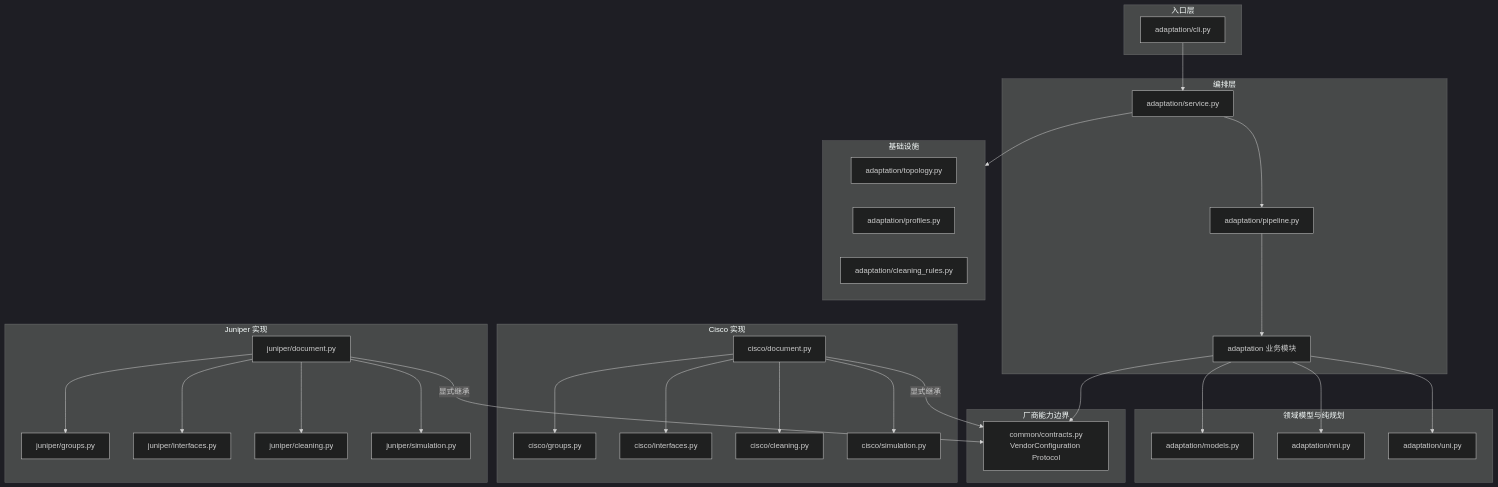
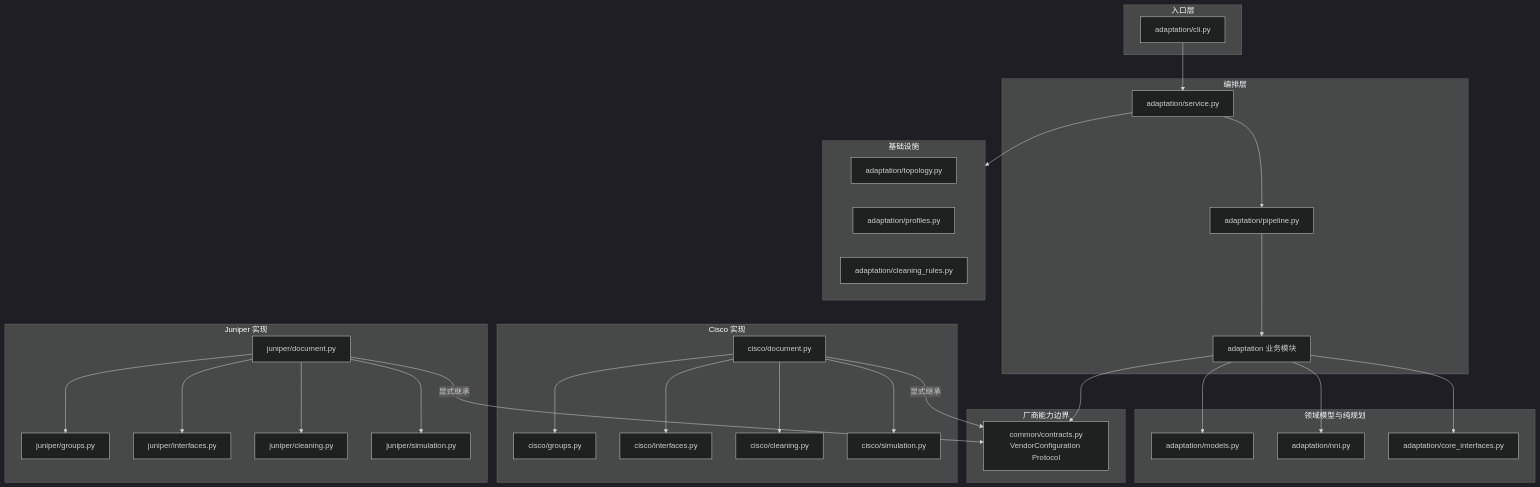
One commit to xiaobaozi01/config-mapping changed the fifth of 9 diagrams in docs/onboarding-guide.md. Above: the diagram before and after it, drawn with Mermaid (dark theme). The commit also changed other lines of this file and 83 other files, not shown here.

````diff
--- a/docs/onboarding-guide.md
+++ b/docs/onboarding-guide.md
@@ -229,63 +227,63 @@
 ```mermaid
 flowchart TB
     subgraph Delivery[入口层]
         CLI[adaptation/cli.py]
     end
 
     subgraph Orchestration[编排层]
         Entry[adaptation/service.py]
         Stages[adaptation 业务模块]
         AppPipe[adaptation/pipeline.py]
     end
 
     subgraph Domain[领域模型与纯规划]
         Models[adaptation/models.py]
         NniPlan[adaptation/nni.py]
-        Vlan[adaptation/uni.py]
+        Cleanup[adaptation/core_interfaces.py]
     end
 
     subgraph Port[厂商能力边界]
         API[common/contracts.py<br/>VendorConfiguration Protocol]
     end
 
     subgraph Cisco[Cisco 实现]
         CiscoParser[cisco/document.py]
         CiscoGroups[cisco/groups.py]
         CiscoInterfaces[cisco/interfaces.py]
         CiscoCleaning[cisco/cleaning.py]
         CiscoSimulation[cisco/simulation.py]
     end
 
     subgraph Juniper[Juniper 实现]
         JunosParser[juniper/document.py]
         JunosGroups[juniper/groups.py]
         JunosInterfaces[juniper/interfaces.py]
         JunosCleaning[juniper/cleaning.py]
         JunosSimulation[juniper/simulation.py]
     end
 
     subgraph IO[基础设施]
         Excel[adaptation/topology.py]
         Profiles[adaptation/profiles.py]
         Rules[adaptation/cleaning_rules.py]
     end
 
     CLI --> Entry
     Entry --> IO
     Entry --> AppPipe
     AppPipe --> Stages
     Stages --> Models
     Stages --> NniPlan
-    Stages --> Vlan
+    Stages --> Cleanup
     Stages --> API
     CiscoParser -->|显式继承| API
     JunosParser -->|显式继承| API
     CiscoParser --> CiscoGroups
     CiscoParser --> CiscoInterfaces
     CiscoParser --> CiscoCleaning
     CiscoParser --> CiscoSimulation
     JunosParser --> JunosGroups
     JunosParser --> JunosInterfaces
     JunosParser --> JunosCleaning
     JunosParser --> JunosSimulation
 ```
````
